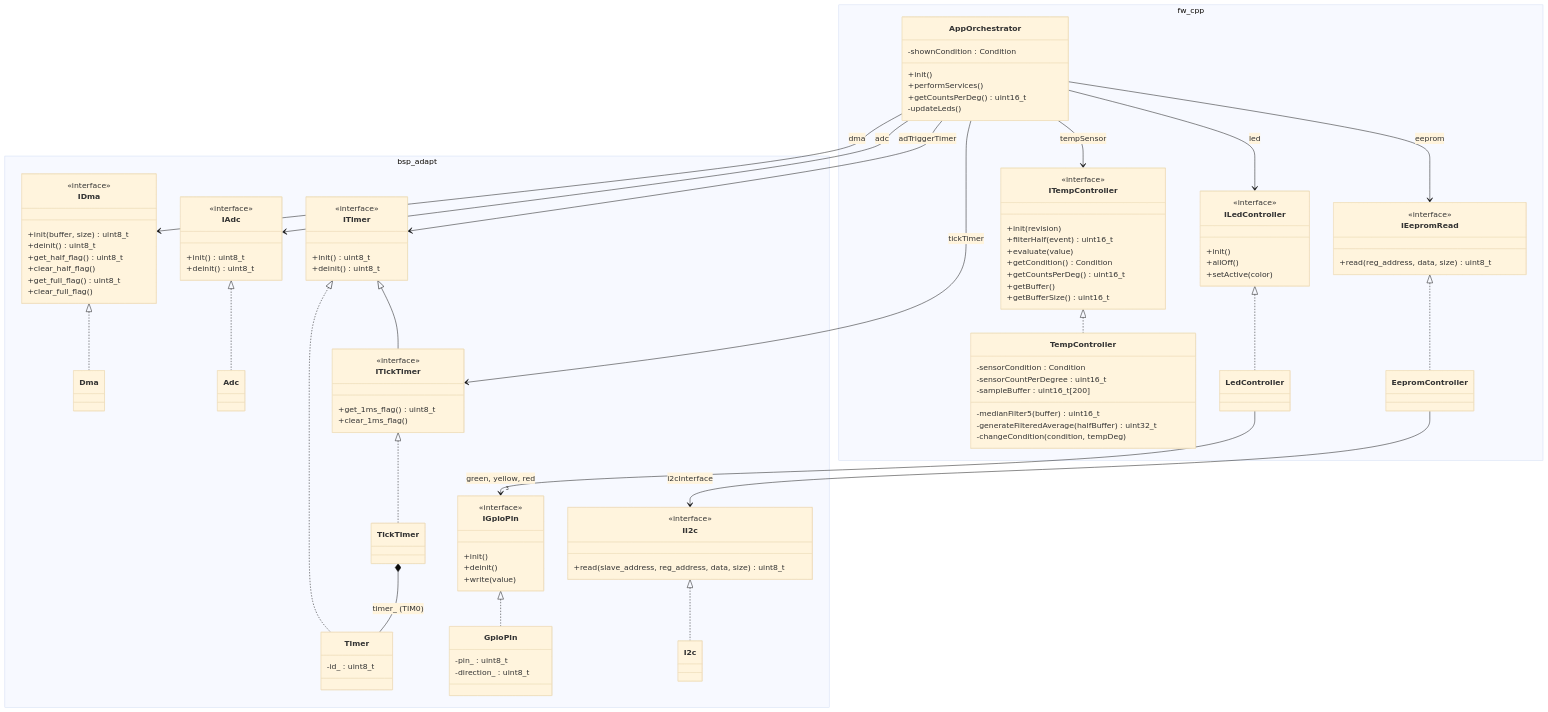
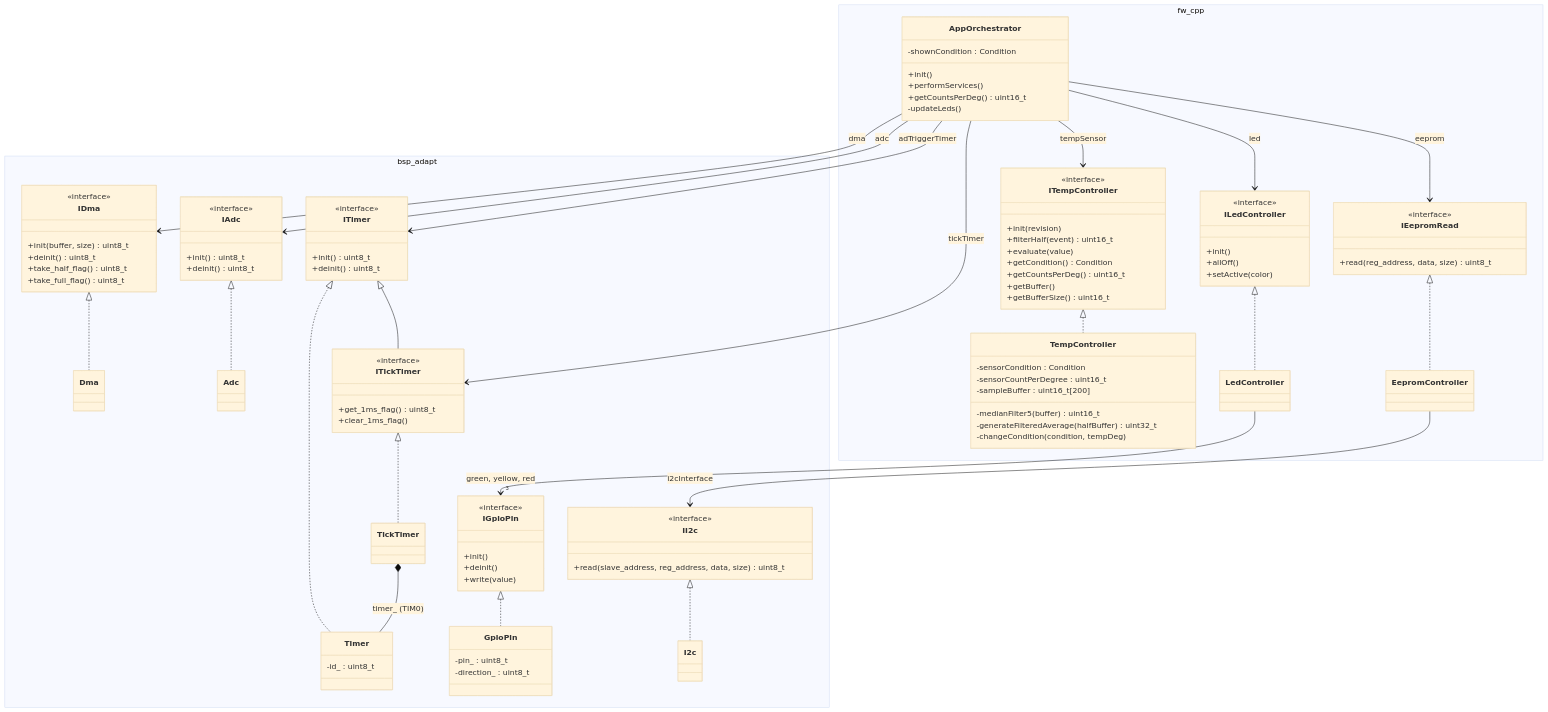
One commit to egeonurg/temp_monitor changed the diagram in main/4_doc/class_diagram_cpp.md. Above: the diagram before and after it, drawn with Mermaid (base theme). The commit also changed other lines of this file and 9 other files, not shown here.

```diff
--- a/main/4_doc/class_diagram_cpp.md
+++ b/main/4_doc/class_diagram_cpp.md
@@ -56,10 +56,8 @@
             <<interface>>
             +init(buffer, size) uint8_t
             +deinit() uint8_t
-            +get_half_flag() uint8_t
-            +clear_half_flag()
-            +get_full_flag() uint8_t
-            +clear_full_flag()
+            +take_half_flag() uint8_t
+            +take_full_flag() uint8_t
         }
         class Dma
 
```
